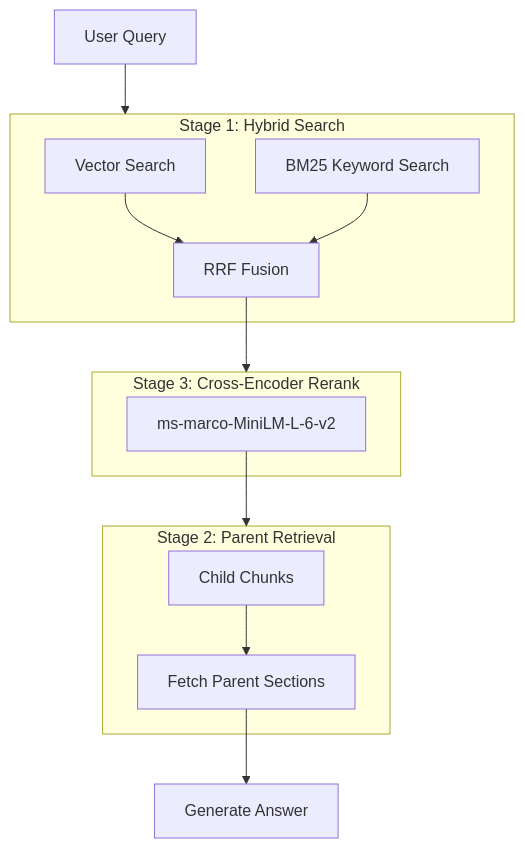
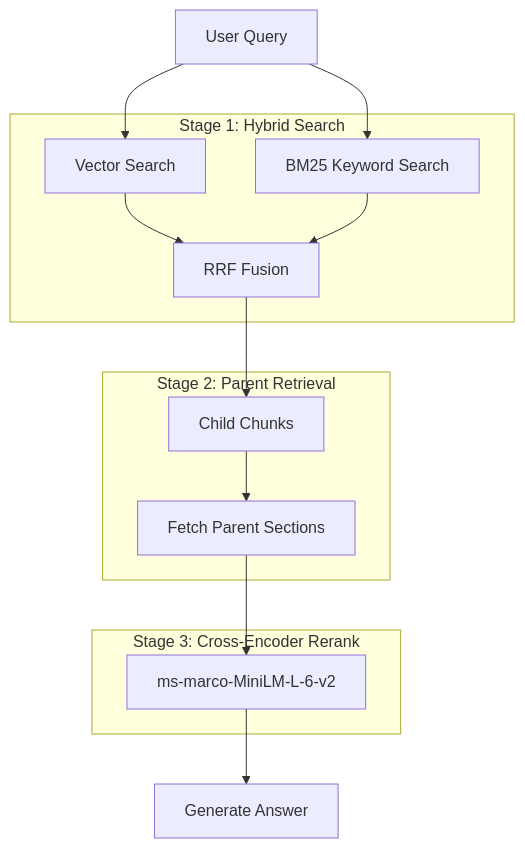
One commit to Vixen-77/RAG-implementation changed the sixth of 7 diagrams in readme.md. Above: the diagram before and after it, drawn with Mermaid.

````diff
--- a/readme.md
+++ b/readme.md
@@ -268,26 +268,28 @@
 ```mermaid
-flowchart TD
-    Q[User Query] --> S1["Stage 1: Hybrid Search"]
-    
-    subgraph S1["Stage 1: Hybrid Search"]
-        VS[Vector Search] 
+graph TD
+    Q[User Query] --> VS
+    Q --> BM25
+
+    subgraph S1 [Stage 1: Hybrid Search]
+        VS[Vector Search]
         BM25[BM25 Keyword Search]
         RRF[RRF Fusion]
+        
+        VS --> RRF
+        BM25 --> RRF
     end
-    
-    VS --> RRF
-    BM25 --> RRF
-    RRF --> S3["Stage 3: Rerank"]
-    
-    subgraph S3["Stage 3: Cross-Encoder Rerank"]
+
+    RRF --> CHILD
+
+    subgraph S2 [Stage 2: Parent Retrieval]
+        CHILD[Child Chunks] --> PARENT[Fetch Parent Sections]
+    end
+
+    PARENT --> CE
+
+    subgraph S3 [Stage 3: Cross-Encoder Rerank]
         CE[ms-marco-MiniLM-L-6-v2]
     end
-    
-    CE --> S2["Stage 2: Parent Context"]
-    
-    subgraph S2["Stage 2: Parent Retrieval"]
-        CHILD[Child Chunks] --> PARENT[Fetch Parent Sections]
-    end
-    
-    PARENT --> LLM[Generate Answer]
+
+    CE --> LLM[Generate Answer]
 ```
````
